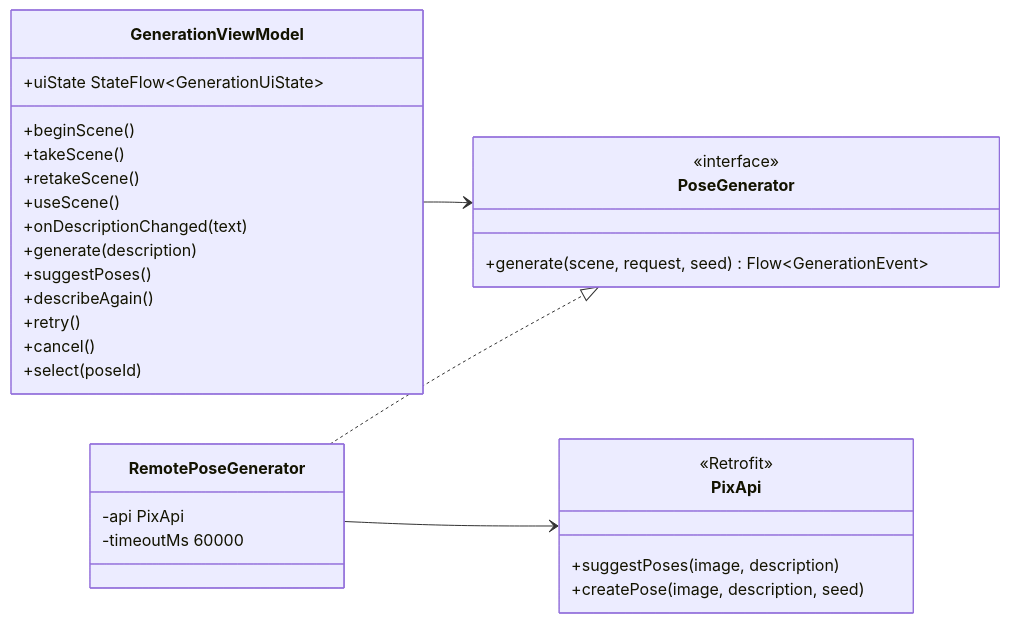
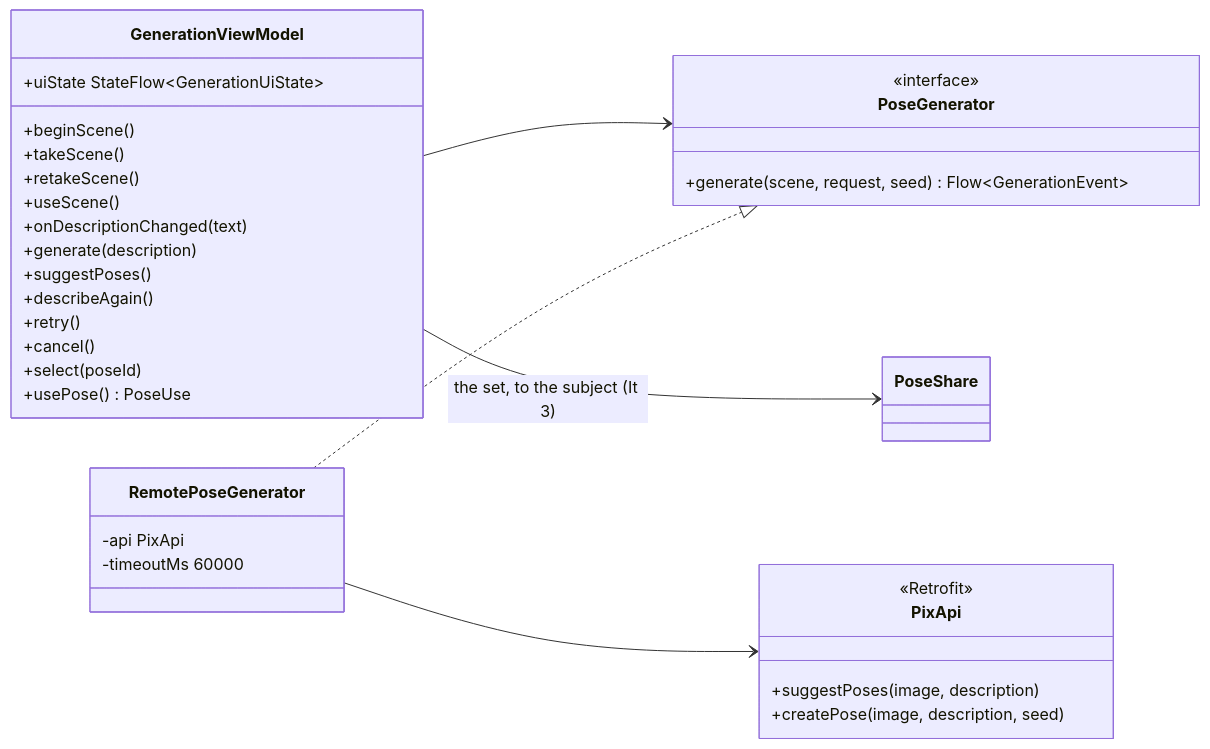
The eighth of 12 diagrams in wiki/Design-Documentation.md (snuhcs-course/swpp-2026-project-team-10), drawn with Mermaid before and after one commit. The commit also changed other lines of this file and 46 other files, not shown here.

First line of the commit message:
feat: share the guide and pose steps on both phones

````diff
--- a/wiki/Design-Documentation.md
+++ b/wiki/Design-Documentation.md
@@ -674,34 +697,36 @@
 ```mermaid
 classDiagram
   direction LR
   class GenerationViewModel {
     +uiState StateFlow~GenerationUiState~
     +beginScene()
     +takeScene()
     +retakeScene()
     +useScene()
     +onDescriptionChanged(text)
     +generate(description)
     +suggestPoses()
     +describeAgain()
     +retry()
     +cancel()
     +select(poseId)
+    +usePose() PoseUse
   }
   class PoseGenerator {
     <<interface>>
     +generate(scene, request, seed) Flow~GenerationEvent~
   }
   class RemotePoseGenerator {
     -api PixApi
     -timeoutMs 60000
   }
   class PixApi {
     <<Retrofit>>
     +suggestPoses(image, description)
     +createPose(image, description, seed)
   }
   GenerationViewModel --> PoseGenerator
+  GenerationViewModel --> PoseShare : the set, to the subject (It 3)
   RemotePoseGenerator ..|> PoseGenerator
   RemotePoseGenerator --> PixApi
 ```
````
